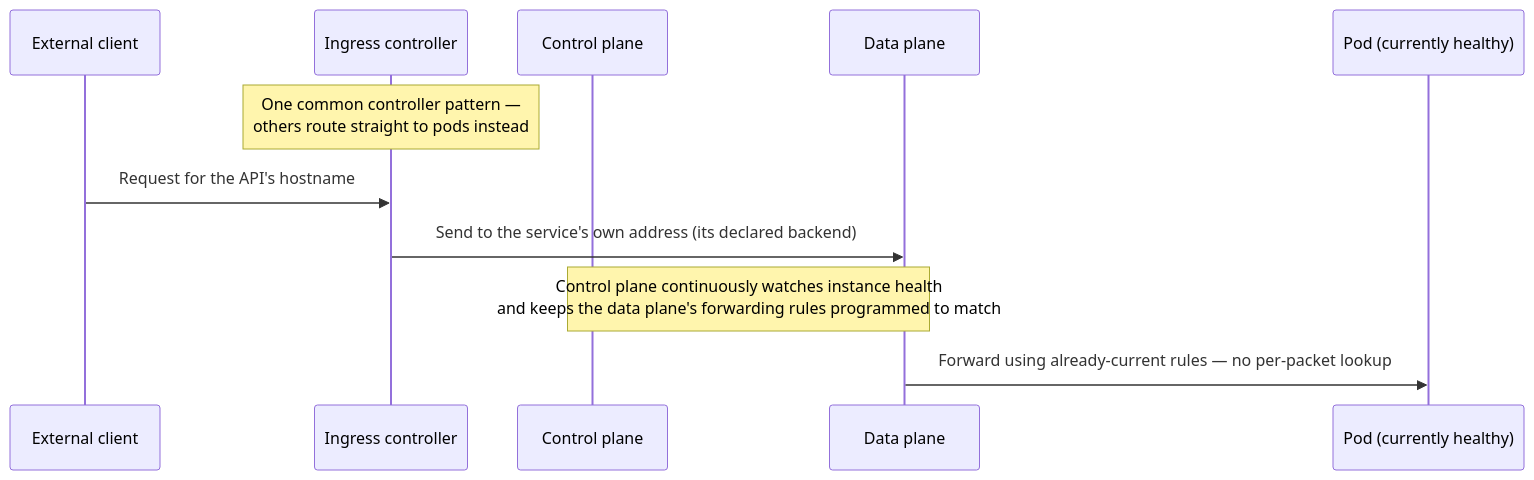
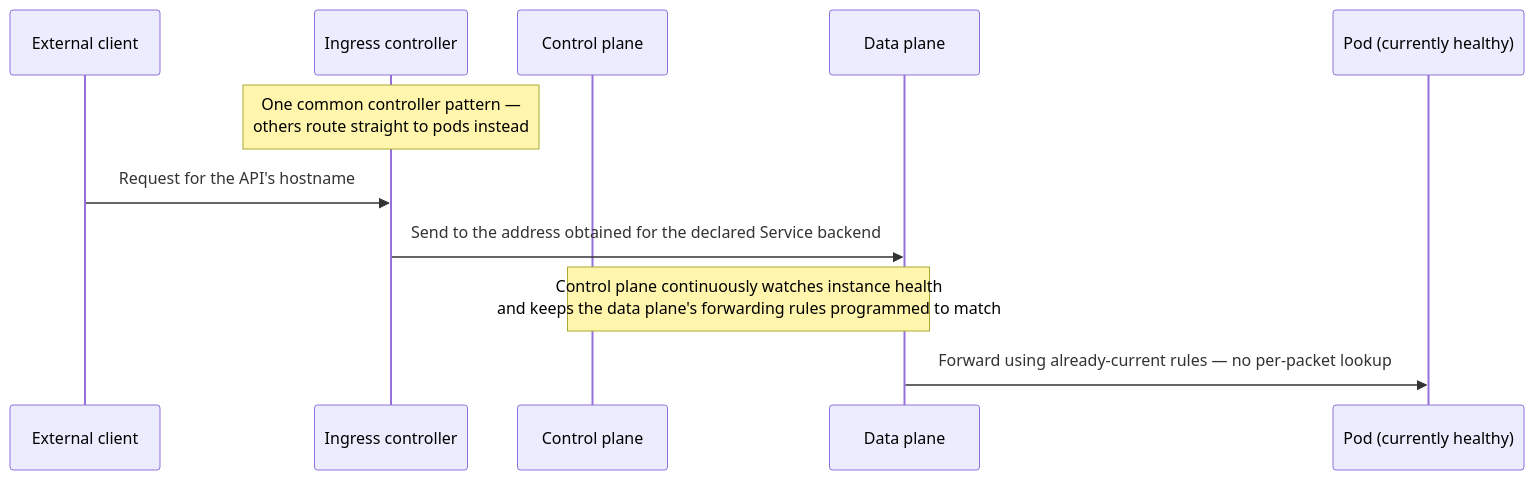
One commit to alessandrobessi/thinking-in-packets changed the diagram in book/part-6-networks-in-production/27-networking-moving-applications.md. Above: the diagram before and after it, drawn with Mermaid. The commit also changed other lines of this file and 5 other files, not shown here.

````diff
--- a/book/part-6-networks-in-production/27-networking-moving-applications.md
+++ b/book/part-6-networks-in-production/27-networking-moving-applications.md
@@ -53,13 +53,13 @@
 ```mermaid
 sequenceDiagram
     participant C as External client
     participant IC as Ingress controller
     participant CP as Control plane
     participant DP as Data plane
     participant PB as Pod (currently healthy)
     Note over IC: One common controller pattern —<br/>others route straight to pods instead
     C->>IC: Request for the API's hostname
-    IC->>DP: Send to the service's own address (its declared backend)
+    IC->>DP: Send to the address obtained for the declared Service backend
     Note over CP,DP: Control plane continuously watches instance health<br/>and keeps the data plane's forwarding rules programmed to match
     DP->>PB: Forward using already-current rules — no per-packet lookup
 ```
````
